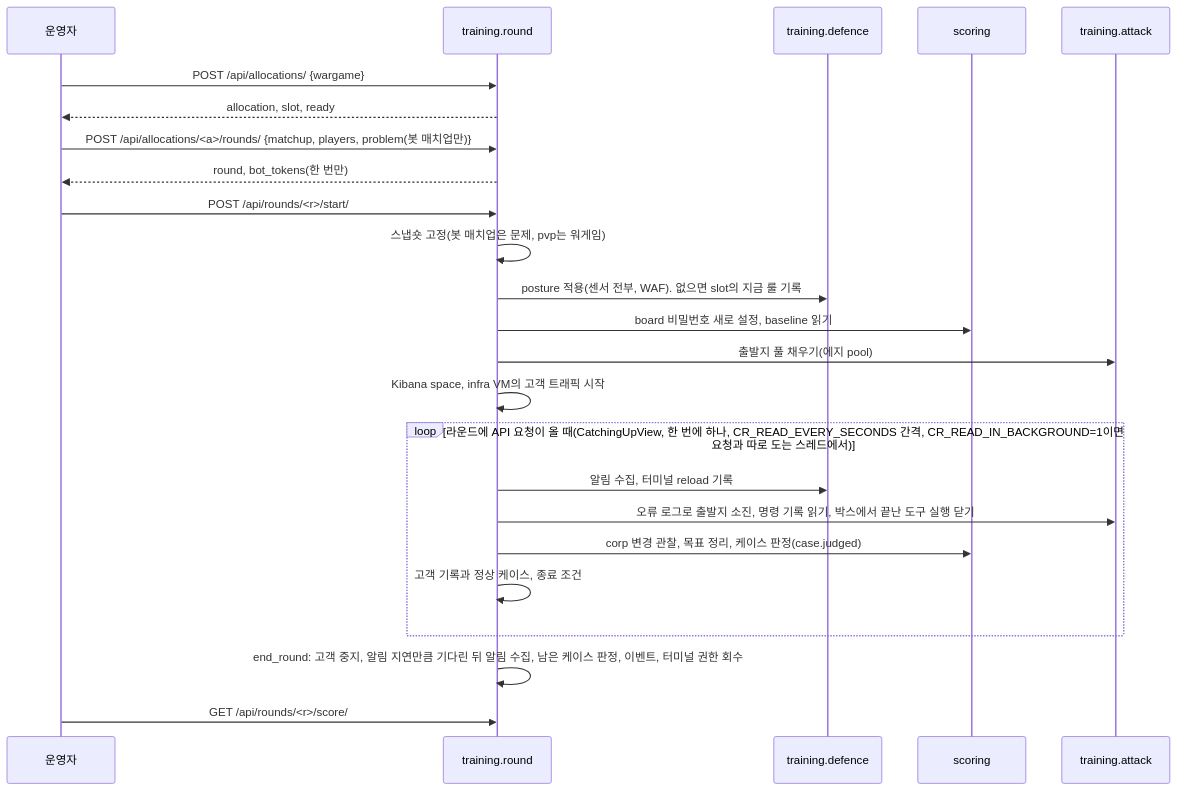
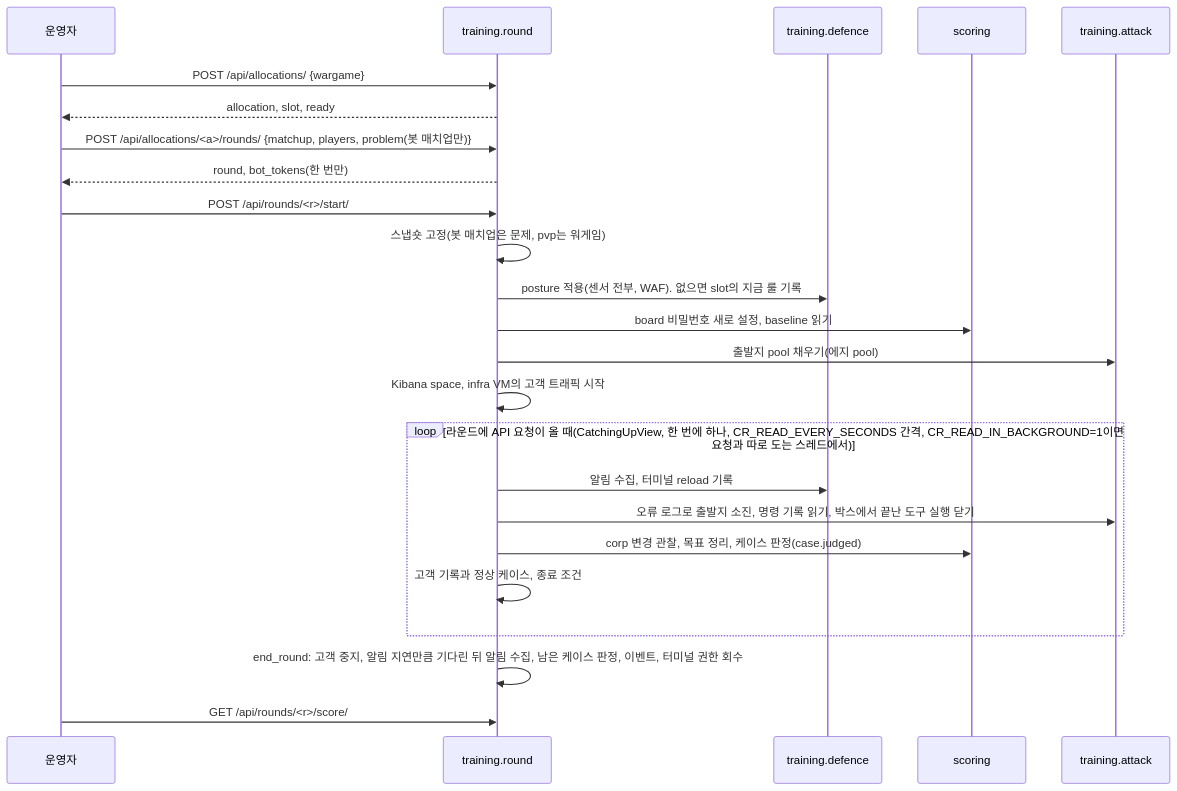
Before and after one commit to Nekonic/fsl-project-mvp: the diagram in docs/ARCHITECTURE.md, drawn with Mermaid. The commit also changed other lines of this file and 1 other file, not shown here.

Commit message:
Docs write pool and endpoint in English

````diff
--- a/docs/ARCHITECTURE.md
+++ b/docs/ARCHITECTURE.md
@@ -272,26 +272,26 @@
 ```mermaid
 sequenceDiagram
   participant O as 운영자
   participant R as training.round
   participant D as training.defence
   participant S as scoring
   participant A as training.attack
   O->>R: POST /api/allocations/ {wargame}
   R-->>O: allocation, slot, ready
   O->>R: POST /api/allocations/<a>/rounds/ {matchup, players, problem(봇 매치업만)}
   R-->>O: round, bot_tokens(한 번만)
   O->>R: POST /api/rounds/<r>/start/
   R->>R: 스냅숏 고정(봇 매치업은 문제, pvp는 워게임)
   R->>D: posture 적용(센서 전부, WAF). 없으면 slot의 지금 룰 기록
   R->>S: board 비밀번호 새로 설정, baseline 읽기
-  R->>A: 출발지 풀 채우기(에지 pool)
+  R->>A: 출발지 pool 채우기(에지 pool)
   R->>R: Kibana space, infra VM의 고객 트래픽 시작
   loop 라운드에 API 요청이 올 때(CatchingUpView, 한 번에 하나, CR_READ_EVERY_SECONDS 간격, CR_READ_IN_BACKGROUND=1이면 요청과 따로 도는 스레드에서)
     R->>D: 알림 수집, 터미널 reload 기록
     R->>A: 오류 로그로 출발지 소진, 명령 기록 읽기, 박스에서 끝난 도구 실행 닫기
     R->>S: corp 변경 관찰, 목표 정리, 케이스 판정(case.judged)
     R->>R: 고객 기록과 정상 케이스, 종료 조건
   end
   R->>R: end_round: 고객 중지, 알림 지연만큼 기다린 뒤 알림 수집, 남은 케이스 판정, 이벤트, 터미널 권한 회수
   O->>R: GET /api/rounds/<r>/score/
 ```
````
